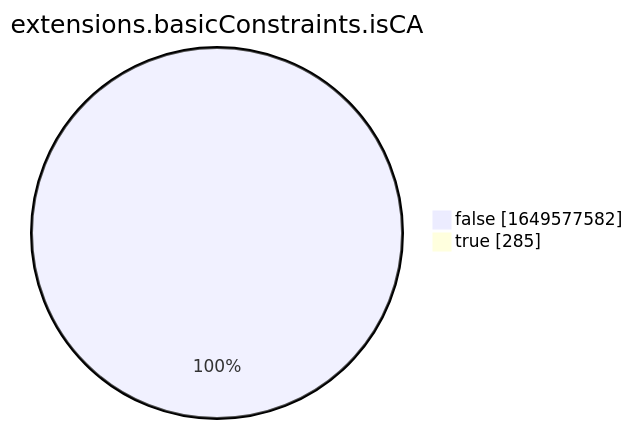
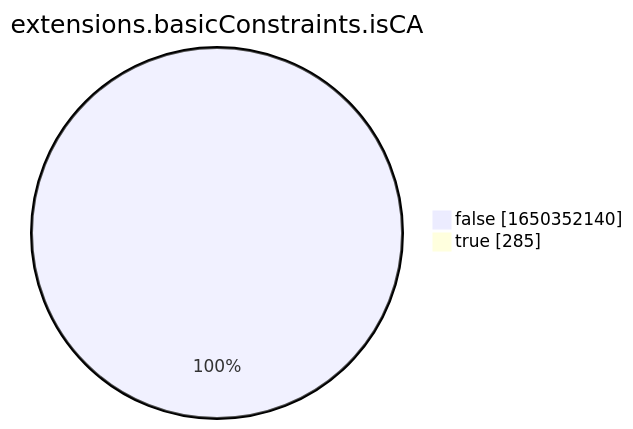
The eighth of 15 diagrams in xenon2022/README.md (christiankrug/ctmonitor_visualization), drawn with Mermaid before and after one commit. The commit also changed other lines of this file, not shown here.

````diff
--- a/xenon2022/README.md
+++ b/xenon2022/README.md
@@ -2863,6 +2863,6 @@
 ```mermaid
 pie showData
 title extensions.basicConstraints.isCA
-"false" :1649577582
+"false" :1650352140
 "true" :285
 ```
````
